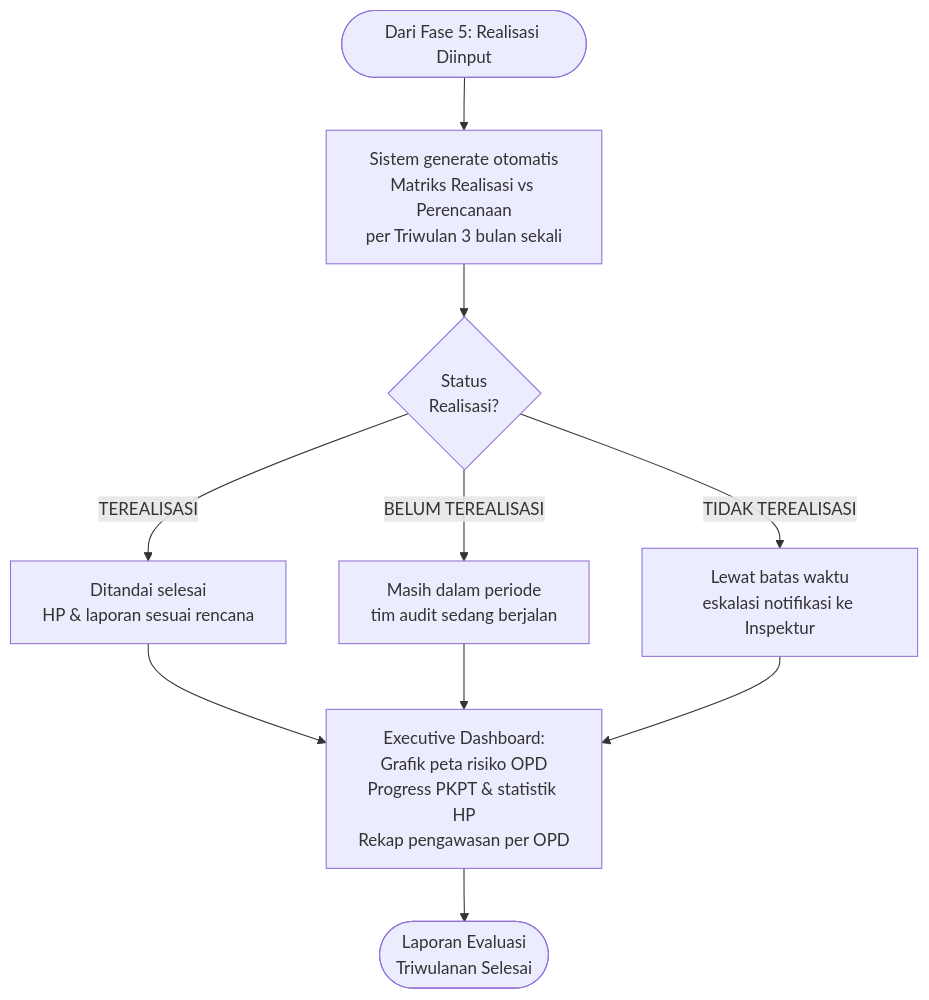
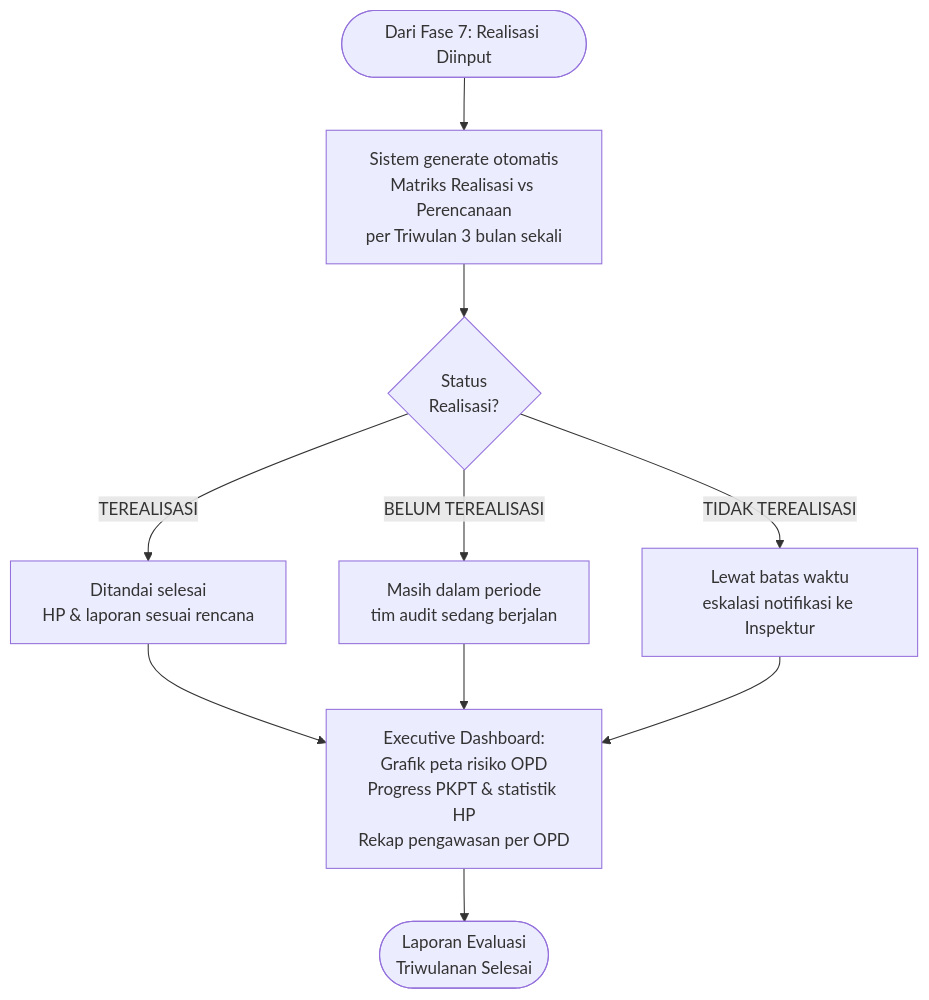
Diagram 13 of 23 in DEVTOOLS/Blueprint.md (bimasulistyaw-hash/siwasin), drawn with Mermaid before and after one commit. The commit also changed other lines of this file, not shown here.

````diff
--- a/DEVTOOLS/Blueprint.md
+++ b/DEVTOOLS/Blueprint.md
@@ -475,13 +528,13 @@
 ```mermaid
 flowchart TD
-    A([Dari Fase 5: Realisasi Diinput])
+    A([Dari Fase 7: Realisasi Diinput])
     A --> B["Sistem generate otomatis\nMatriks Realisasi vs Perencanaan\nper Triwulan 3 bulan sekali"]
     B --> C{Status\nRealisasi?}
     C -- TEREALISASI --> D["Ditandai selesai\nHP & laporan sesuai rencana"]
     C -- BELUM TEREALISASI --> E["Masih dalam periode\ntim audit sedang berjalan"]
     C -- TIDAK TEREALISASI --> F["Lewat batas waktu\neskalasi notifikasi ke Inspektur"]
     D --> G["Executive Dashboard:\nGrafik peta risiko OPD\nProgress PKPT & statistik HP\nRekap pengawasan per OPD"]
     E --> G
     F --> G
     G --> H([Laporan Evaluasi\nTriwulanan Selesai])
 ```
````
